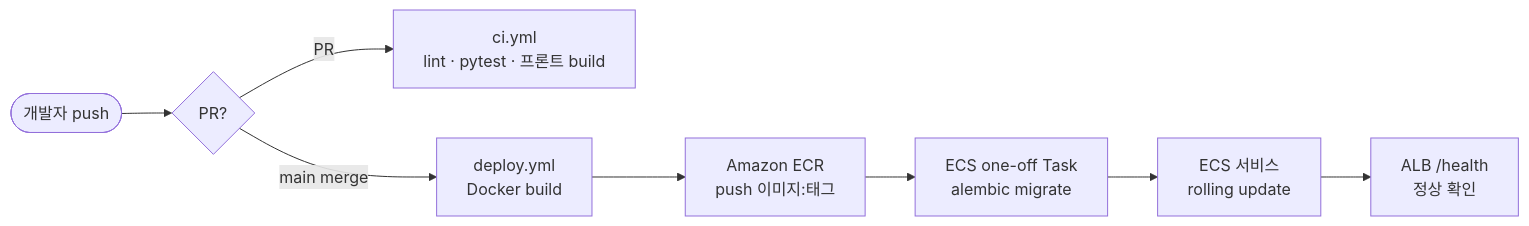
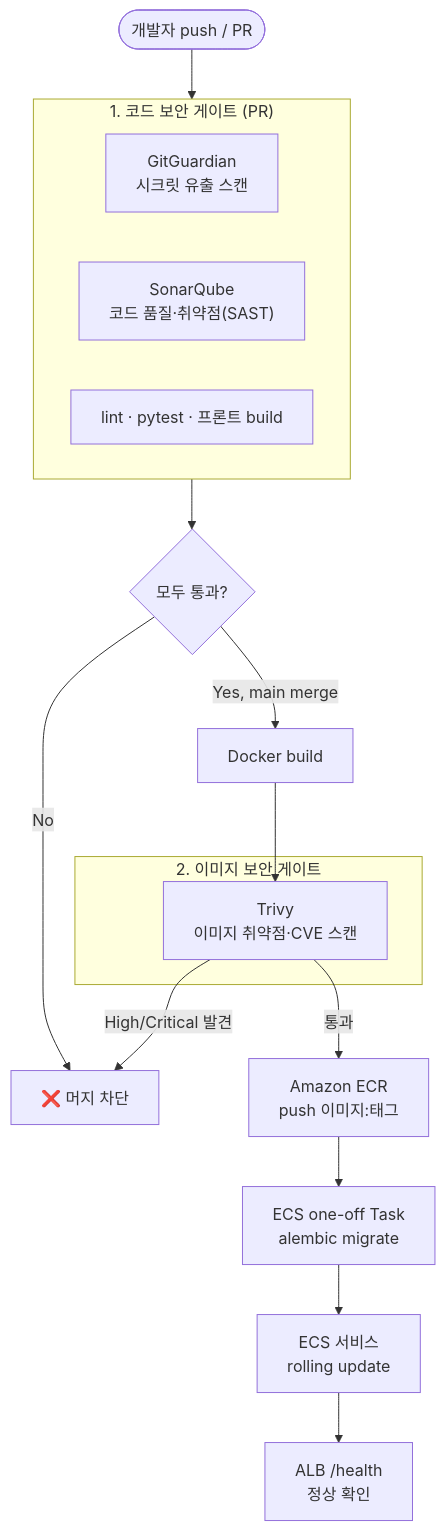
One commit to ggaeun324-wq/pawtrace changed the second of 3 diagrams in docs/architecture/aws-infrastructure.md. Above: the diagram before and after it, drawn with Mermaid. The commit also changed other lines of this file and 3 other files, not shown here.

First line of the commit message:
docs: add DevSecOps CI/CD (Trivy/SonarQube/GitGuardian) + Bedrock AI architecture

````diff
--- a/docs/architecture/aws-infrastructure.md
+++ b/docs/architecture/aws-infrastructure.md
@@ -55,10 +55,25 @@
 ```mermaid
-flowchart LR
-    dev([개발자 push]) --> pr{PR?}
-    pr -->|PR| ci["ci.yml\nlint · pytest · 프론트 build"]
-    pr -->|main merge| build["deploy.yml\nDocker build"]
-    build --> ecr["Amazon ECR\npush 이미지:태그"]
+flowchart TB
+    dev([개발자 push / PR]) --> sec
+
+    subgraph sec["1. 코드 보안 게이트 (PR)"]
+        gg["GitGuardian\n시크릿 유출 스캔"]
+        sonar["SonarQube\n코드 품질·취약점(SAST)"]
+        test["lint · pytest · 프론트 build"]
+    end
+
+    sec --> gate{모두 통과?}
+    gate -->|No| block["❌ 머지 차단"]
+    gate -->|Yes, main merge| build["Docker build"]
+
+    subgraph img["2. 이미지 보안 게이트"]
+        trivy["Trivy\n이미지 취약점·CVE 스캔"]
+    end
+
+    build --> trivy
+    trivy -->|High/Critical 발견| block
+    trivy -->|통과| ecr["Amazon ECR\npush 이미지:태그"]
     ecr --> migrate["ECS one-off Task\nalembic migrate"]
     migrate --> deploy["ECS 서비스\nrolling update"]
     deploy --> health["ALB /health\n정상 확인"]
 ```
````
